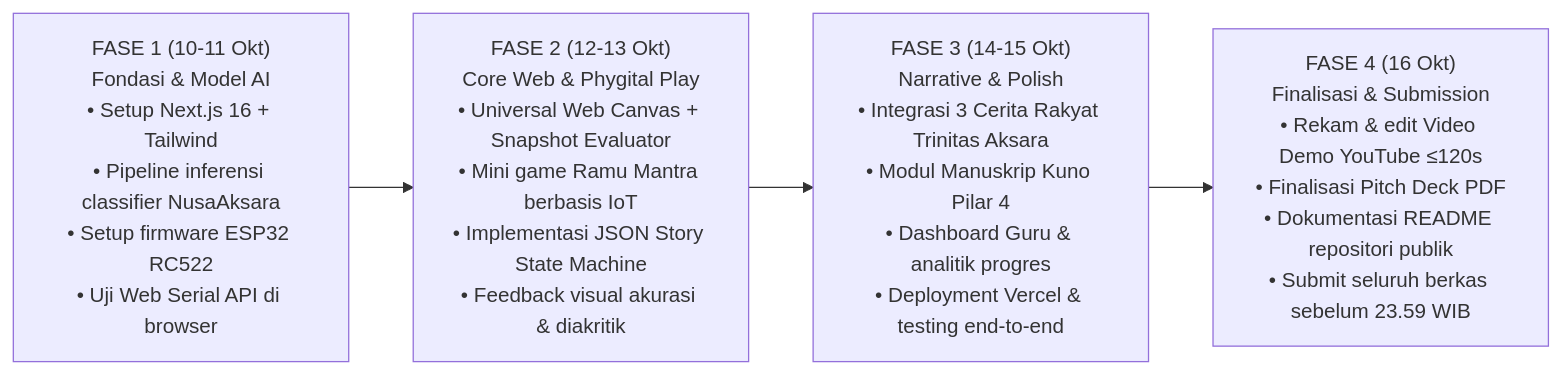
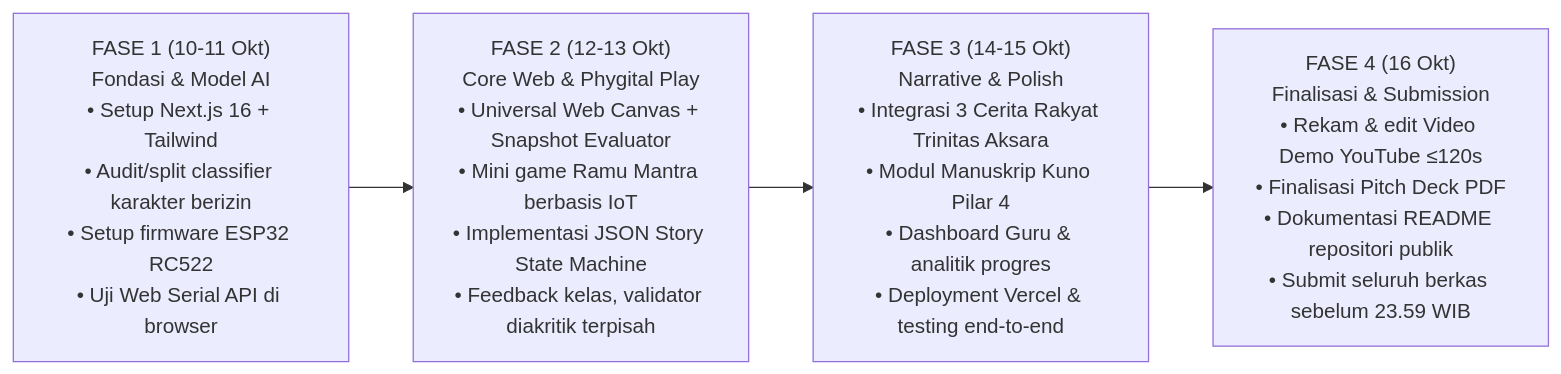
The sixth of 6 diagrams in context/AKSANTARA-SSOT-v3.1.md (EvanCN10/aksantara), drawn with Mermaid before and after one commit. The commit also changed other lines of this file and 6 other files, not shown here.

Commit message:
docs(ssot): update SSOT v3.1, roadmap plans, and project specifications

````diff
--- a/context/AKSANTARA-SSOT-v3.1.md
+++ b/context/AKSANTARA-SSOT-v3.1.md
@@ -289,6 +289,6 @@
 ```mermaid
 flowchart LR
-    F1["FASE 1 (10-11 Okt)\nFondasi & Model AI\n• Setup Next.js 16 + Tailwind\n• Pipeline inferensi classifier NusaAksara\n• Setup firmware ESP32 RC522\n• Uji Web Serial API di browser"] --> F2["FASE 2 (12-13 Okt)\nCore Web & Phygital Play\n• Universal Web Canvas + Snapshot Evaluator\n• Mini game Ramu Mantra berbasis IoT\n• Implementasi JSON Story State Machine\n• Feedback visual akurasi & diakritik"]
+    F1["FASE 1 (10-11 Okt)\nFondasi & Model AI\n• Setup Next.js 16 + Tailwind\n• Audit/split classifier karakter berizin\n• Setup firmware ESP32 RC522\n• Uji Web Serial API di browser"] --> F2["FASE 2 (12-13 Okt)\nCore Web & Phygital Play\n• Universal Web Canvas + Snapshot Evaluator\n• Mini game Ramu Mantra berbasis IoT\n• Implementasi JSON Story State Machine\n• Feedback kelas, validator diakritik terpisah"]
     F2 --> F3["FASE 3 (14-15 Okt)\nNarrative & Polish\n• Integrasi 3 Cerita Rakyat Trinitas Aksara\n• Modul Manuskrip Kuno Pilar 4\n• Dashboard Guru & analitik progres\n• Deployment Vercel & testing end-to-end"]
     F3 --> F4["FASE 4 (16 Okt)\nFinalisasi & Submission\n• Rekam & edit Video Demo YouTube ≤120s\n• Finalisasi Pitch Deck PDF\n• Dokumentasi README repositori publik\n• Submit seluruh berkas sebelum 23.59 WIB"]
 ```
````
